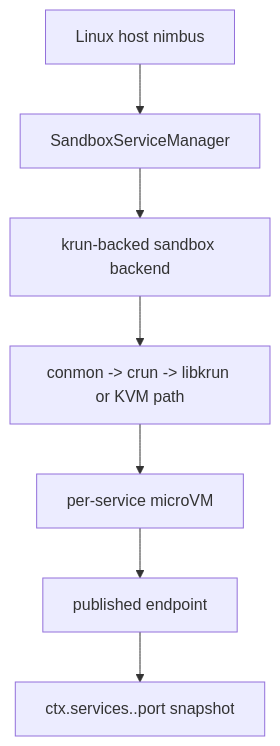
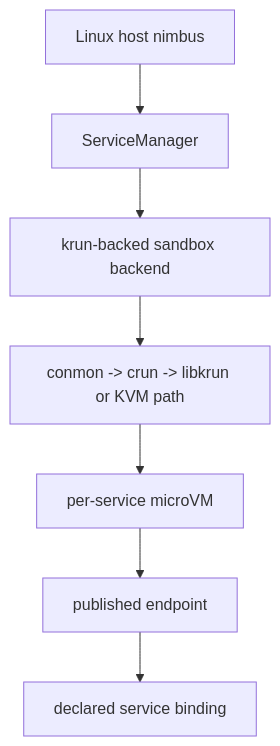
Before and after one commit to nimbus/nimbus: the sixth of 6 diagrams in docs/architecture/sandbox/macos-machine-flow.md, drawn with Mermaid. The commit also changed other lines of this file and 622 other files, not shown here.

````diff
--- a/docs/architecture/sandbox/macos-machine-flow.md
+++ b/docs/architecture/sandbox/macos-machine-flow.md
@@ -383,9 +382,9 @@
 ```mermaid
 flowchart TD
-    A["Linux host nimbus"] --> B["SandboxServiceManager"]
+    A["Linux host nimbus"] --> B["ServiceManager"]
     B --> C["krun-backed sandbox backend"]
     C --> D["conmon -> crun -> libkrun or KVM path"]
     D --> E["per-service microVM"]
     E --> F["published endpoint"]
-    F --> G["ctx.services.<name>.port snapshot"]
+    F --> G["declared service binding"]
 ```
````
